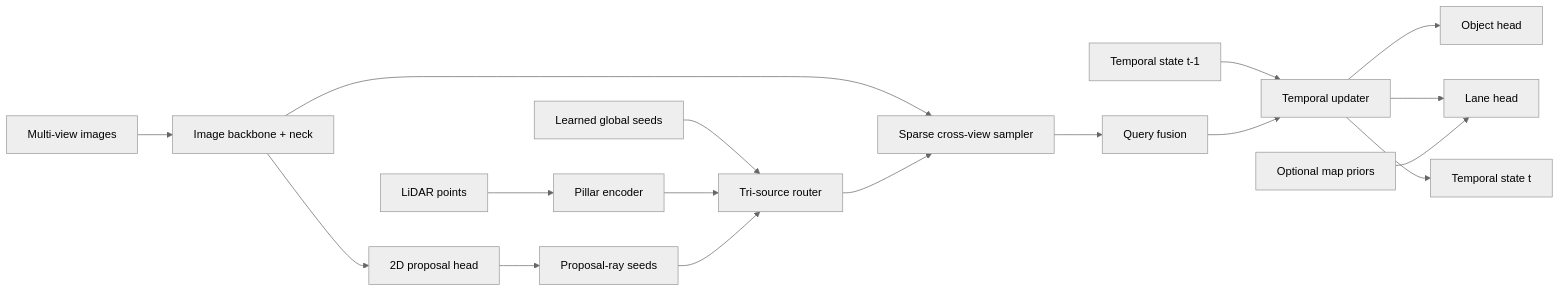
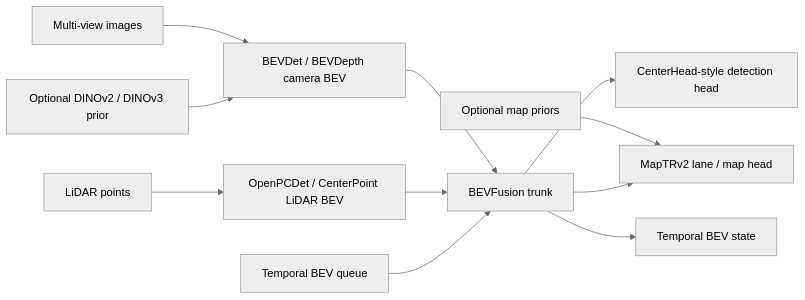
Before and after one commit to achbogga/tsqbev-poc: the diagram in README.md, drawn with Mermaid (neutral theme). The commit also changed other lines of this file and 21 other files, not shown here.

Commit message:
Add dense-BEV reset architecture scaffold

````diff
--- a/README.md
+++ b/README.md
@@ -52,19 +69,13 @@
 ```mermaid
 flowchart LR
-    A[Multi-view images] --> B[Image backbone + neck]
-    C[LiDAR points] --> D[Pillar encoder]
-    B --> E[2D proposal head]
-    E --> F[Proposal-ray seeds]
-    G[Learned global seeds] --> H[Tri-source router]
-    D --> H
-    F --> H
-    B --> I[Sparse cross-view sampler]
-    H --> I
-    I --> J[Query fusion]
-    K[Temporal state t-1] --> L[Temporal updater]
-    J --> L
-    L --> M[Object head]
-    L --> N[Lane head]
-    O[Optional map priors] --> N
-    L --> P[Temporal state t]
+    A[Multi-view images] --> B[BEVDet / BEVDepth camera BEV]
+    C[LiDAR points] --> D[OpenPCDet / CenterPoint LiDAR BEV]
+    B --> E[BEVFusion trunk]
+    D --> E
+    F[Temporal BEV queue] --> E
+    G[Optional DINOv2 / DINOv3 prior] --> B
+    H[Optional map priors] --> I[MapTRv2 lane / map head]
+    E --> J[CenterHead-style detection head]
+    E --> I
+    E --> K[Temporal BEV state]
 ```
````
